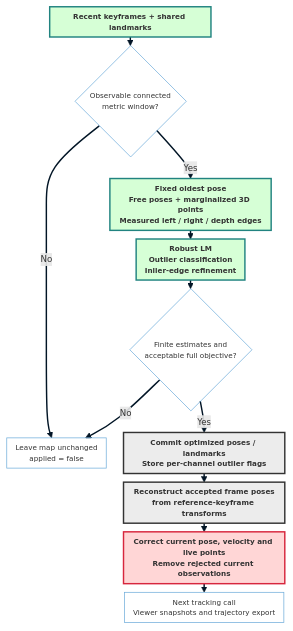
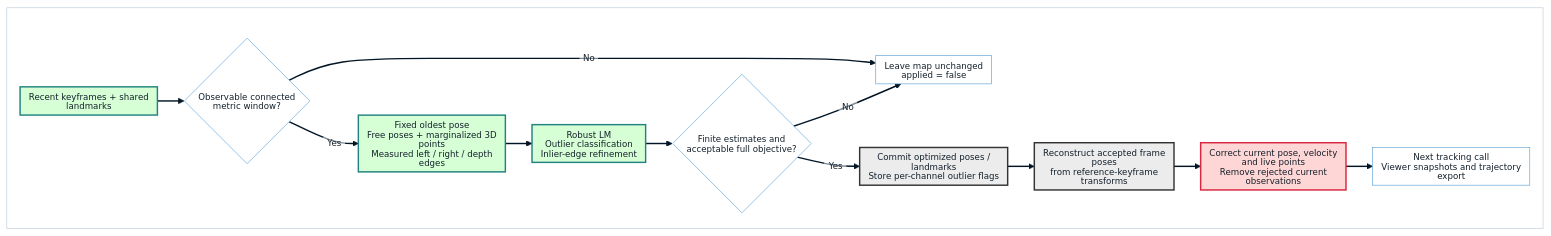
Before and after one commit to luigifreda/pyslam: the third of 3 diagrams in docs/direct_slam.md, drawn with Mermaid. The commit also changed other lines of this file and 31 other files, not shown here.

````diff
--- a/docs/direct_slam.md
+++ b/docs/direct_slam.md
@@ -195,25 +204,28 @@
 ```mermaid
-%%{init: {"flowchart": {"nodeSpacing": 24, "rankSpacing": 12, "padding": 6}}}%%
+%%{init: {"theme": "base", "themeVariables": {"darkMode": false, "textColor": "#14202b", "nodeTextColor": "#14202b", "titleColor": "#14202b", "lineColor": "#021526", "primaryTextColor": "#14202b", "clusterBkg": "#ffffff", "clusterBorder": "#c5d0dc", "edgeLabelBackground": "#ffffff", "mainBkg": "#ffffff"}, "htmlLabels": false, "flowchart": {"htmlLabels": false, "nodeSpacing": 24, "rankSpacing": 12, "padding": 6}}}%%
 graph TD
     linkStyle default stroke:#021526,stroke-width:2px,font-size:12px;
-    classDef moduleTracking fill:#FFD6D6,stroke:#D7263D,stroke-width:2px,font-weight:bold,font-size:10px;
-    classDef moduleLocalMapping fill:#D6FFD6,stroke:#218380,stroke-width:2px,font-weight:bold,font-size:10px;
-    classDef moduleMap fill:#ECECEC,stroke:#333333,stroke-width:2px,font-weight:bold,font-size:10px;
-    classDef component fill:none,stroke:#6EACDA,stroke-width:1px,font-size:10px;
+    classDef moduleTracking fill:#FFD6D6,stroke:#D7263D,stroke-width:2px,color:#14202b,font-size:12px;
+    classDef moduleLocalMapping fill:#D6FFD6,stroke:#218380,stroke-width:2px,color:#14202b,font-size:12px;
+    classDef moduleMap fill:#ECECEC,stroke:#333333,stroke-width:2px,color:#14202b,font-size:12px;
+    classDef component fill:#ffffff,stroke:#6EACDA,stroke-width:1px,color:#14202b,font-size:12px;
 
+    subgraph plate [" "]
     Window["Recent keyframes + shared landmarks"] --> Guard{"Observable connected<br>metric window?"}
     Guard -->|"No"| Unchanged["Leave map unchanged<br>applied = false"]
-    Guard -->|"Yes"| Graph["Fixed oldest pose<br>Free poses + marginalized 3D points<br>Measured left / right / depth edges"]
-    Graph --> Solve["Robust LM<br>Outlier classification<br>Inlier-edge refinement"]
+    Guard -->|"Yes"| OptGraph["Fixed oldest pose<br>Free poses + marginalized 3D points<br>Measured left / right / depth edges"]
+    OptGraph --> Solve["Robust LM<br>Outlier classification<br>Inlier-edge refinement"]
     Solve --> Valid{"Finite estimates and<br>acceptable full objective?"}
     Valid -->|"No"| Unchanged
     Valid -->|"Yes"| Map["Commit optimized poses / landmarks<br>Store per-channel outlier flags"]
     Map --> Frames["Reconstruct accepted frame poses<br>from reference-keyframe transforms"]
     Frames --> Live["Correct current pose, velocity and live points<br>Remove rejected current observations"]
     Live --> Consumers["Next tracking call<br>Viewer snapshots and trajectory export"]
+    end
+    style plate fill:#ffffff,stroke:#c5d0dc,color:#14202b
 
-    class Window,Graph,Solve moduleLocalMapping;
+    class Window,OptGraph,Solve moduleLocalMapping;
     class Map,Frames moduleMap;
     class Live moduleTracking;
     class Guard,Valid,Unchanged,Consumers component;
 ```
````
